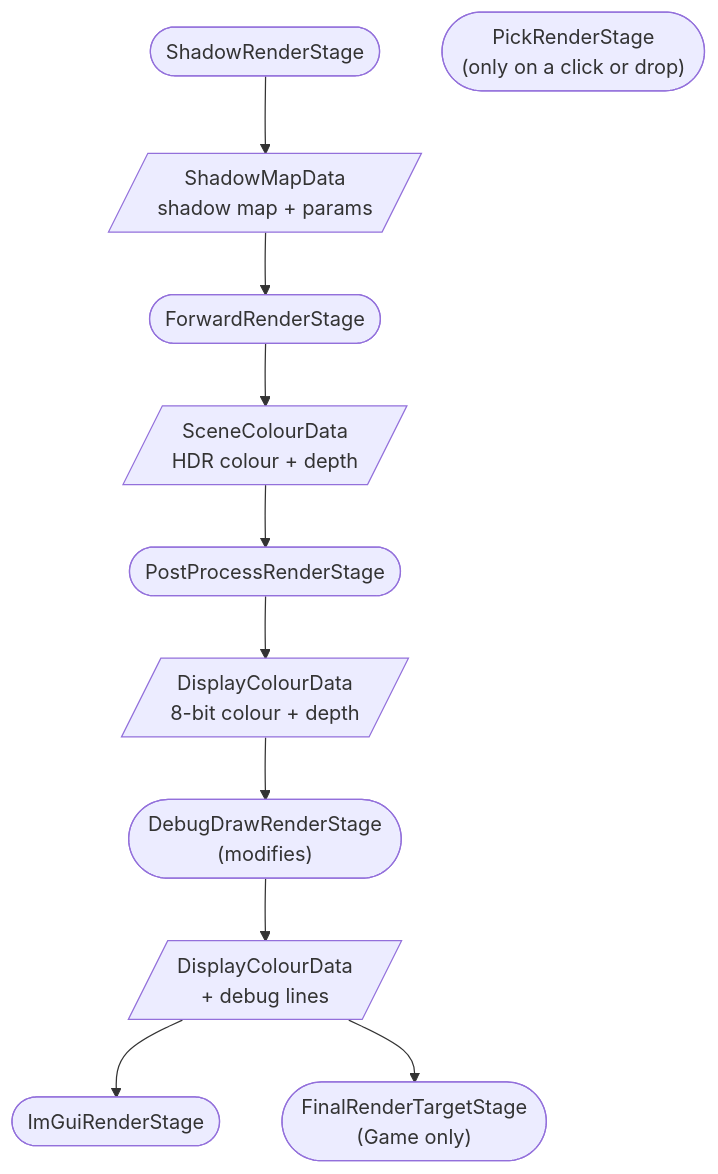
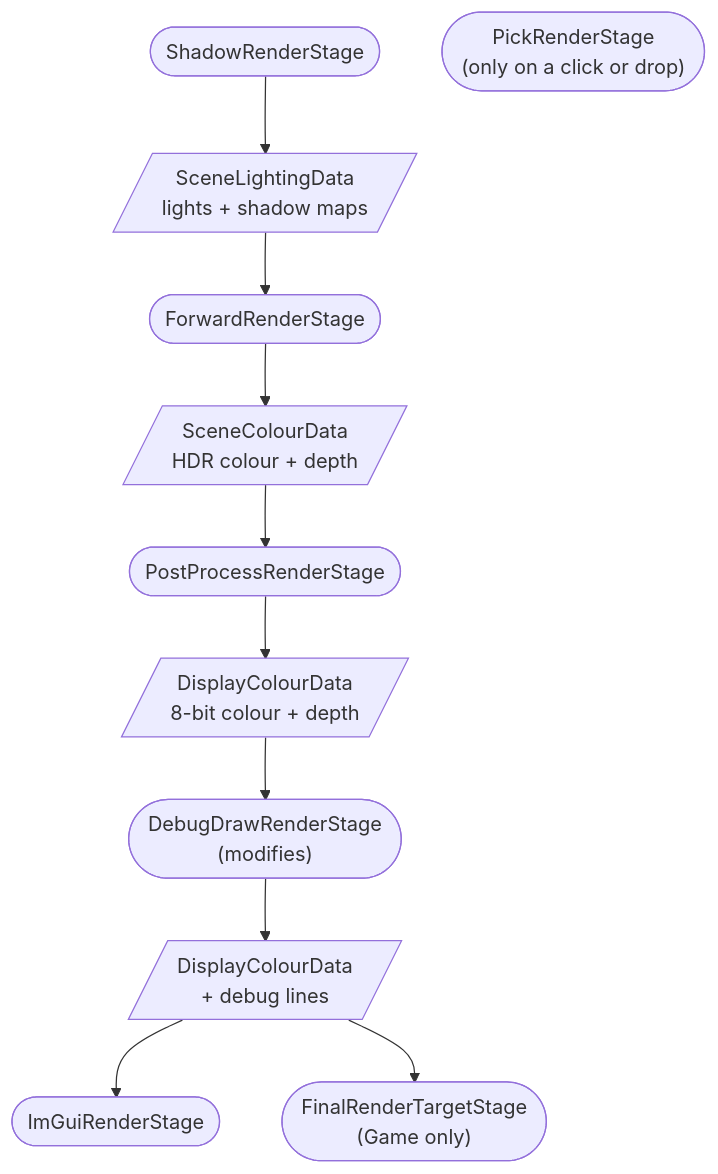
The first of 4 diagrams in Docs/Generated/Engine/04-Rendering/Render-Stages.md (b1nary0/RZE), drawn with Mermaid before and after one commit. The commit also changed other lines of this file and 12 other files, not shown here.

````diff
--- a/Docs/Generated/Engine/04-Rendering/Render-Stages.md
+++ b/Docs/Generated/Engine/04-Rendering/Render-Stages.md
@@ -11,14 +11,14 @@
 ```mermaid
 %%{init: {'flowchart': {'subGraphTitleMargin': {'top': 6, 'bottom': 10}}, 'themeCSS': '.labelBkg, .edgeLabel { background-color: var(--background-primary) !important; } .messageText, .labelText, .loopText { paint-order: stroke; stroke: var(--background-primary); stroke-width: 5px; stroke-linejoin: round; }'}}%%
 flowchart TD
-    Shadow(["ShadowRenderStage"]) --> SMD[/"ShadowMapData<br/>shadow map + params"/]
+    Shadow(["ShadowRenderStage"]) --> SMD[/"SceneLightingData<br/>lights + shadow maps"/]
     SMD --> Forward(["ForwardRenderStage"])
     Forward --> SCD[/"SceneColourData<br/>HDR colour + depth"/]
     SCD --> Post(["PostProcessRenderStage"])
     Post --> DCD[/"DisplayColourData<br/>8-bit colour + depth"/]
     DCD --> Debug(["DebugDrawRenderStage<br/>(modifies)"])
     Debug --> DCD2[/"DisplayColourData<br/>+ debug lines"/]
     DCD2 --> ImGui(["ImGuiRenderStage"])
     DCD2 --> Final(["FinalRenderTargetStage<br/>(Game only)"])
     Pick(["PickRenderStage<br/>(only on a click or drop)"])
 ```
````
